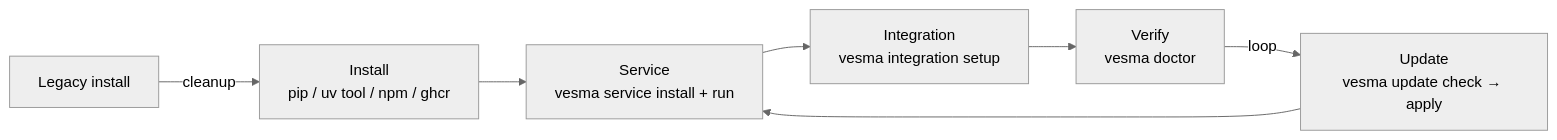
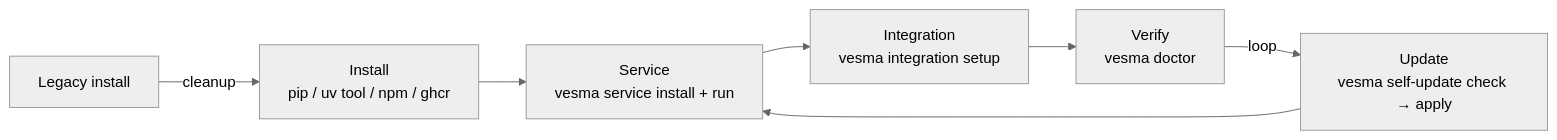
The diagram in docs/en/user/getting-started.md (vesmaro/vesma), drawn with Mermaid (neutral theme) before and after one commit. The commit also changed other lines of this file and 5 other files, not shown here.

````diff
--- a/docs/en/user/getting-started.md
+++ b/docs/en/user/getting-started.md
@@ -17,9 +17,9 @@
 ```mermaid
 flowchart LR
     A[Install<br>pip / uv tool / npm / ghcr] --> B[Service<br>vesma service install + run]
     B --> C[Integration<br>vesma integration setup]
     C --> D[Verify<br>vesma doctor]
-    D -->|loop| E[Update<br>vesma update check → apply]
+    D -->|loop| E[Update<br>vesma self-update check → apply]
     E --> B
     F[Legacy install] -->|cleanup| A
 ```
````
